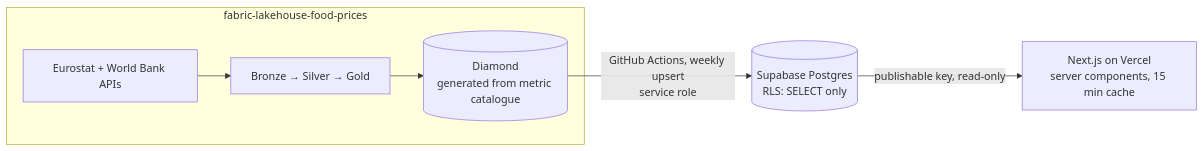
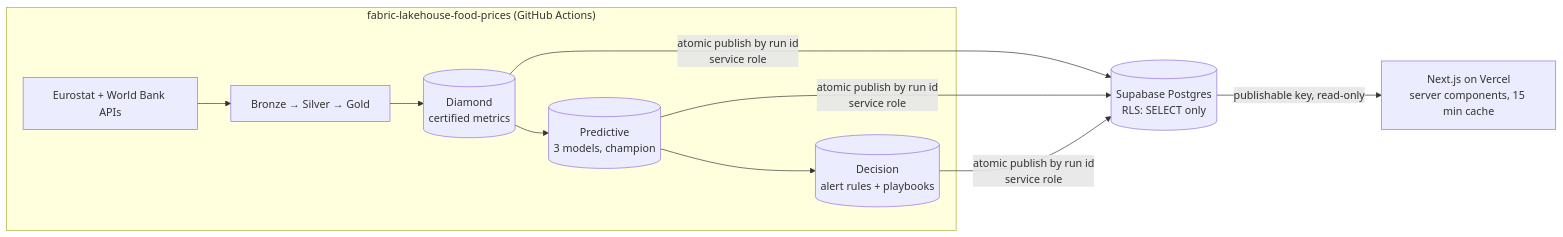
One commit to alejandrocaldentey/food-price-transmission-dashboard changed the diagram in README.md. Above: the diagram before and after it, drawn with Mermaid. The commit also changed other lines of this file and 17 other files, not shown here.

Commit message:
Redesign: story, forecast, decisions and architecture pages with trace-this-number

````diff
--- a/README.md
+++ b/README.md
@@ -9,9 +18,11 @@
 ```mermaid
 flowchart LR
-    subgraph Lakehouse["fabric-lakehouse-food-prices"]
+    subgraph Lakehouse["fabric-lakehouse-food-prices (GitHub Actions)"]
         API[Eurostat + World Bank APIs] --> P[Bronze → Silver → Gold]
-        P --> D[(Diamond<br/>generated from metric catalogue)]
+        P --> D[(Diamond<br/>certified metrics)]
+        D --> M[(Predictive<br/>3 models, champion)]
+        M --> A[(Decision<br/>alert rules + playbooks)]
     end
-    D -- GitHub Actions, weekly upsert<br/>service role --> S[(Supabase Postgres<br/>RLS: SELECT only)]
+    D & M & A -- atomic publish by run id<br/>service role --> S[(Supabase Postgres<br/>RLS: SELECT only)]
     S -- publishable key, read-only --> V[Next.js on Vercel<br/>server components, 15 min cache]
 ```
````
